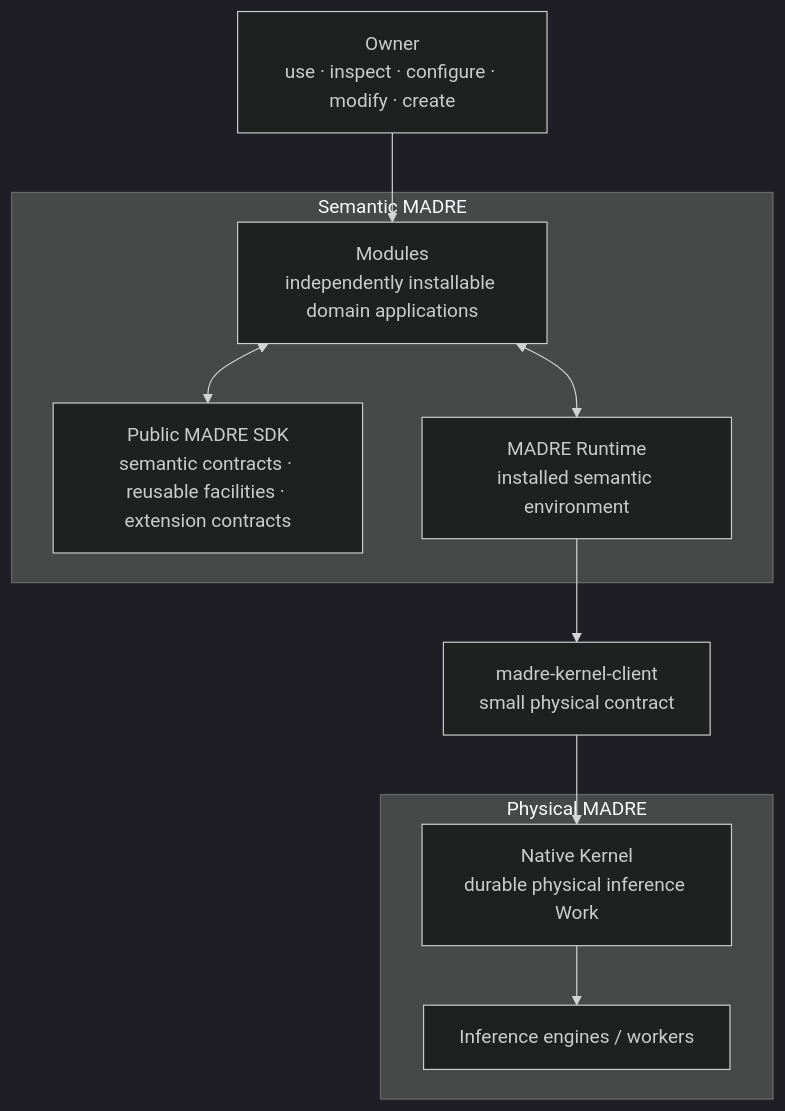
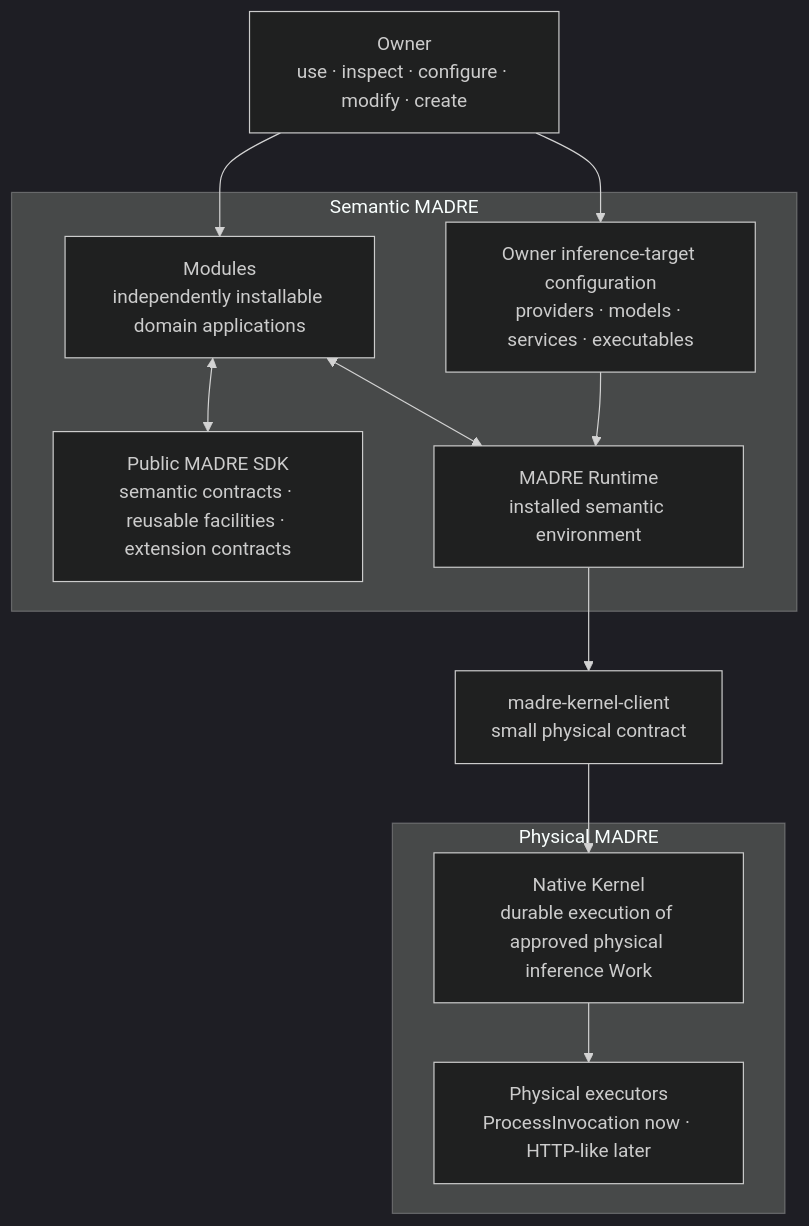
Before and after one commit to DidacLL/MADRE: the first of 12 diagrams in docs/architecture/mid-level-architecture.md, drawn with Mermaid (dark theme). The commit also changed other lines of this file and 40 other files, not shown here.

First line of the commit message:
kernel: replace inference ownership with concrete invocations

````diff
--- a/docs/architecture/mid-level-architecture.md
+++ b/docs/architecture/mid-level-architecture.md
@@ -17,24 +17,27 @@
 ```mermaid
 flowchart TB
     O["Owner<br/>use · inspect · configure · modify · create"]
 
     subgraph S["Semantic MADRE"]
       M["Modules<br/>independently installable domain applications"]
       SDK["Public MADRE SDK<br/>semantic contracts · reusable facilities · extension contracts"]
       RT["MADRE Runtime<br/>installed semantic environment"]
+      T["Owner inference-target configuration<br/>providers · models · services · executables"]
     end
 
     KC["madre-kernel-client<br/>small physical contract"]
 
     subgraph P["Physical MADRE"]
-      K["Native Kernel<br/>durable physical inference Work"]
-      E["Inference engines / workers"]
+      K["Native Kernel<br/>durable execution of approved physical inference Work"]
+      X["Physical executors<br/>ProcessInvocation now · HTTP-like later"]
     end
 
     O --> M
+    O --> T
     M <--> SDK
     M <--> RT
+    T --> RT
     RT --> KC
     KC --> K
-    K --> E
+    K --> X
 ```
````
